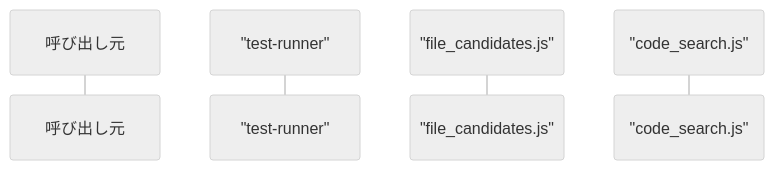
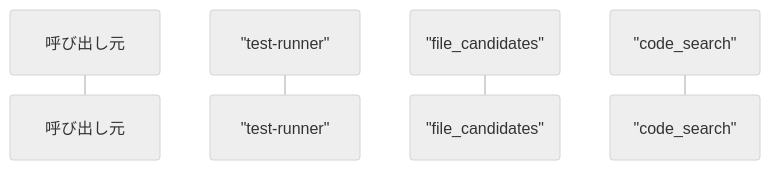
The third of 3 diagrams in ABDD/.pi/extensions/search/test-runner.md (Mekann2904/mekann), drawn with Mermaid (neutral theme) before and after one commit. The commit also changed other lines of this file and 174 other files, not shown here.

First line of the commit message:
fix(docs): ABDDのMermaid図生成エラーを修正する

````diff
--- a/ABDD/.pi/extensions/search/test-runner.md
+++ b/ABDD/.pi/extensions/search/test-runner.md
@@ -72,9 +72,9 @@
 ```mermaid
 sequenceDiagram
   autonumber
   participant Caller as 呼び出し元
   participant test_runner as "test-runner"
-  participant file_candidates_js as "file_candidates.js"
-  participant code_search_js as "code_search.js"
+  participant file_candidates as "file_candidates"
+  participant code_search as "code_search"
 
 ```
````
